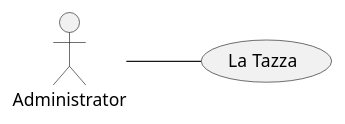
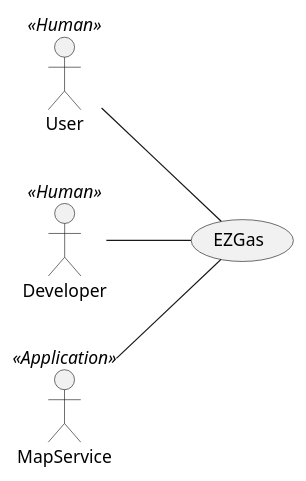
Before and after one commit to SoftengPoliTo/Lab2: the first of 3 diagrams in REQ_s274254.md, drawn with PlantUML. The commit also changed other lines of this file, not shown here.

````diff
--- a/REQ_s274254.md
+++ b/REQ_s274254.md
@@ -44,5 +49,9 @@
 ```plantuml
 left to right direction
-actor Administrator as a
-a -- (La Tazza)
+actor User as u <<Human>>
+actor Developer as d <<Human>>
+actor MapService as ms <<Application>>
+u -- (EZGas)
+d -- (EZGas)
+ms --(EZGas) 
 ```
````
